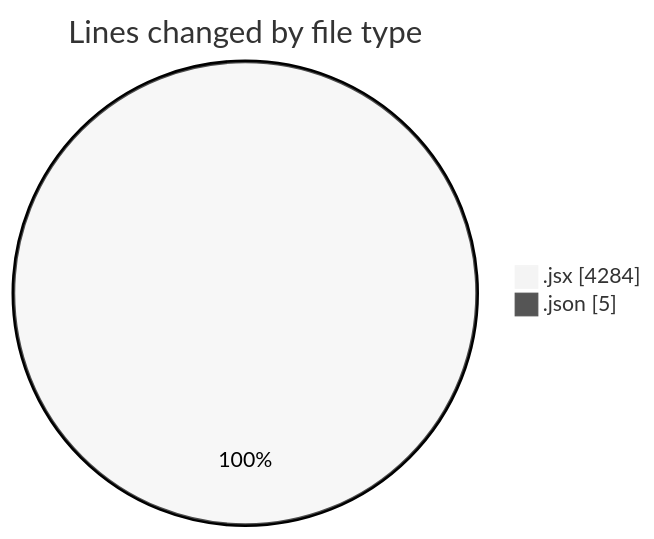
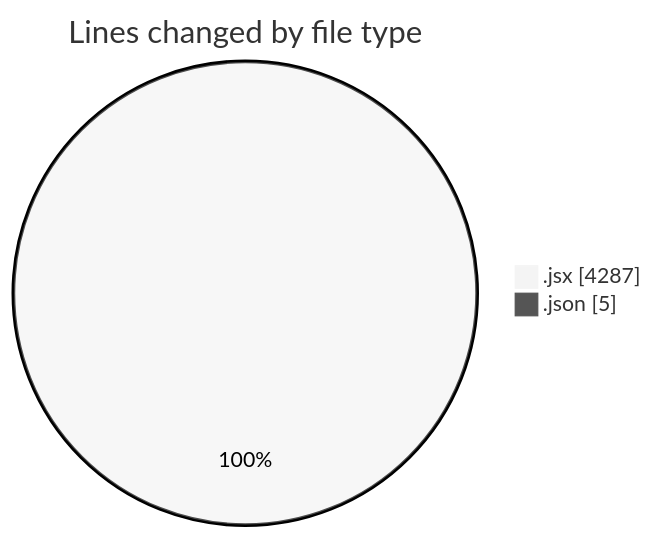
Before and after one commit to nxtqubesakshisongat/code-tracking: the first of 2 diagrams in 2025-11-18/nxtqube_webapp/README.md, drawn with Mermaid (neutral theme). The commit also changed other lines of this file and 1 other file, not shown here.

````diff
--- a/2025-11-18/nxtqube_webapp/README.md
+++ b/2025-11-18/nxtqube_webapp/README.md
@@ -25,6 +25,6 @@
 ```mermaid
 pie showData
 title Lines changed by file type
-".jsx" : 4284
+".jsx" : 4287
 ".json" : 5
 ```
````
